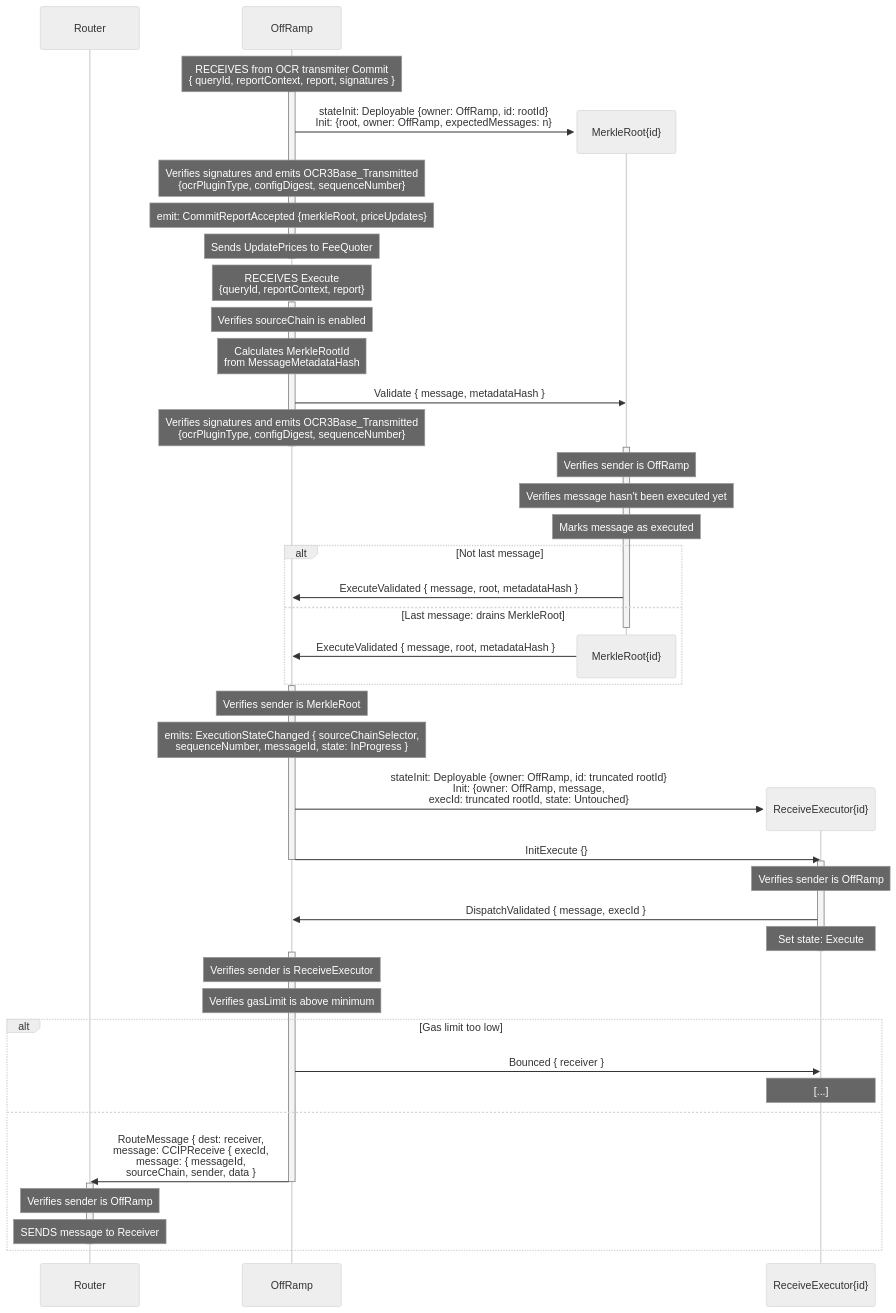
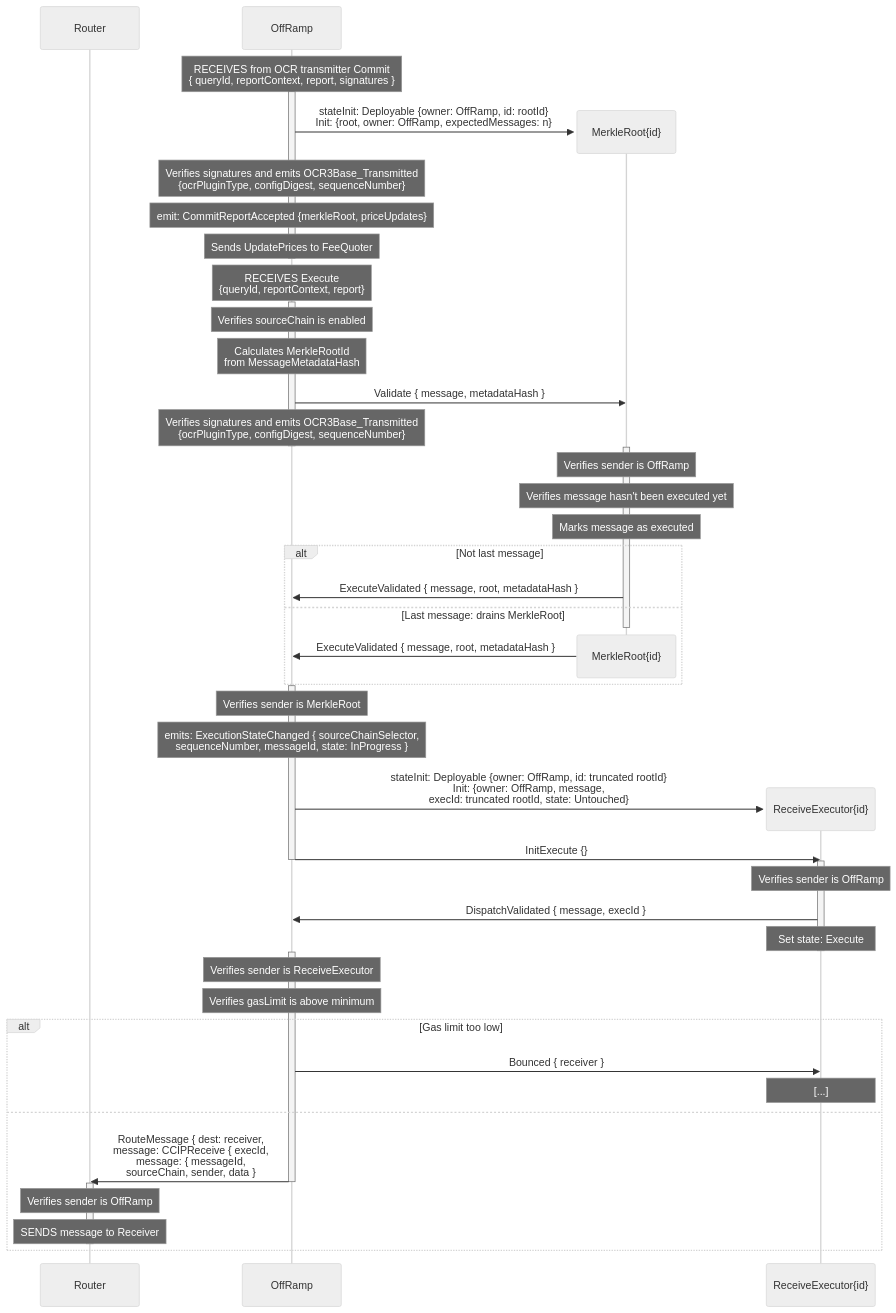
One commit to fork-the-planet/smartcontractkit___chainlink-ton changed the second of 6 diagrams in docs/contracts/overview/ccip/offramp/arbitrary-msg.md. Above: the diagram before and after it, drawn with Mermaid (neutral theme). The commit also changed 6 other files, not shown here.

````diff
--- a/docs/contracts/overview/ccip/offramp/arbitrary-msg.md
+++ b/docs/contracts/overview/ccip/offramp/arbitrary-msg.md
@@ -33,80 +33,80 @@
 ```mermaid
 sequenceDiagram
     participant R as Router
     participant OR as OffRamp
 
     
     
-    Note over OR: RECEIVES from OCR transmiter Commit<br>{ queryId, reportContext, report, signatures }
+    Note over OR: RECEIVES from OCR transmitter Commit<br>{ queryId, reportContext, report, signatures }
     activate OR
 
     create participant MR as MerkleRoot{id}
     OR ->> MR: stateInit: Deployable {owner: OffRamp, id: rootId}<br>Init: {root, owner: OffRamp, expectedMessages: n}
     
     Note over OR: Verifies signatures and emits OCR3Base_Transmitted<br>{ocrPluginType, configDigest, sequenceNumber}
     Note over OR: emit: CommitReportAccepted {merkleRoot, priceUpdates}
     Note over OR: Sends UpdatePrices to FeeQuoter
     deactivate OR
  
     Note over OR: RECEIVES Execute<br>{queryId, reportContext, report}
     activate OR
     Note over OR: Verifies sourceChain is enabled
     Note over OR: Calculates MerkleRootId<br>from MessageMetadataHash
 
     OR ->> MR: Validate { message, metadataHash }
 
     Note over OR: Verifies signatures and emits OCR3Base_Transmitted<br>{ocrPluginType, configDigest, sequenceNumber}
     deactivate OR
 
     activate MR
 
     Note over MR: Verifies sender is OffRamp
     Note over MR: Verifies message hasn't been executed yet
     Note over MR: Marks message as executed
 
     
     alt Not last message
     MR ->> OR: ExecuteValidated { message, root, metadataHash }
     else Last message: drains MerkleRoot
     deactivate MR
     destroy MR
     MR ->> OR: ExecuteValidated { message, root, metadataHash }
     end
 
     activate OR
     Note over OR: Verifies sender is MerkleRoot
     Note over OR: emits: ExecutionStateChanged { sourceChainSelector,<br>sequenceNumber, messageId, state: InProgress }
     create participant RE as ReceiveExecutor{id}
     OR ->> RE: stateInit: Deployable {owner: OffRamp, id: truncated rootId}<br>Init: {owner: OffRamp, message,<br>execId: truncated rootId, state: Untouched}
     OR ->> RE: InitExecute {}
     deactivate OR
 
 
 
     activate RE
     Note over RE: Verifies sender is OffRamp
     RE ->> OR: DispatchValidated { message, execId }
     Note over RE: Set state: Execute
     deactivate RE
 
 
 
     activate OR
     Note over OR: Verifies sender is ReceiveExecutor
     Note over OR: Verifies gasLimit is above minimum
     alt Gas limit too low
     OR ->> RE: Bounced { receiver }
     Note over RE: [...]
     else
 
     OR ->> R: RouteMessage { dest: receiver,<br>message: CCIPReceive { execId,<br>message: { messageId,<br>sourceChain, sender, data }
     deactivate OR
 
 
 
     activate R
     Note over R: Verifies sender is OffRamp
     Note over R: SENDS message to Receiver
     deactivate R
     end
 ```
````
